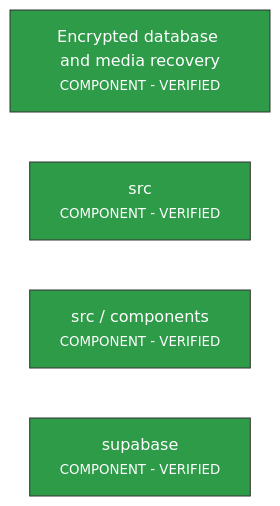
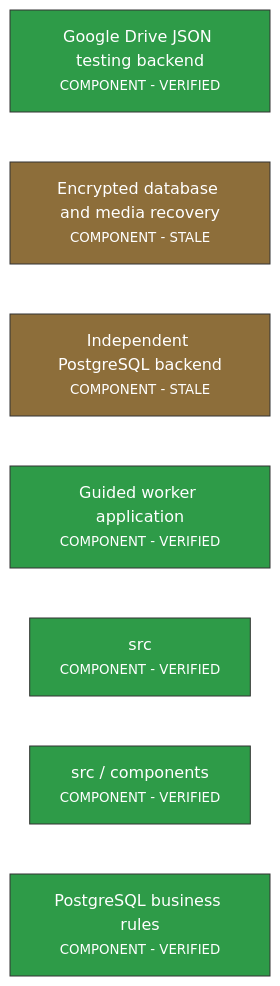
Before and after one commit to ESDUaub2025/WISE_Trace: the diagram in .projectgraph/views/verification.mmd, drawn with Mermaid. The commit also changed 565 other files, not shown here.

Commit message:
Fix worker flow bugs, close production logic gaps, remove Supabase leftovers

```diff
--- a/.projectgraph/views/verification.mmd
+++ b/.projectgraph/views/verification.mmd
@@ -1,16 +1,20 @@
 flowchart LR
-    CMP_RECOVERY["Encrypted database and media recovery<br/><small>COMPONENT - VERIFIED</small>"]
+    CMP_GOOGLE_FILE_BACKEND["Google Drive JSON testing backend<br/><small>COMPONENT - VERIFIED</small>"]
+    CMP_RECOVERY["Encrypted database and media recovery<br/><small>COMPONENT - STALE</small>"]
+    CMP_SELF_HOSTED["Independent PostgreSQL backend<br/><small>COMPONENT - STALE</small>"]
+    CMP_SIMPLE_APP["Guided worker application<br/><small>COMPONENT - VERIFIED</small>"]
     CMP_SRC["src<br/><small>COMPONENT - VERIFIED</small>"]
     CMP_SRC_COMPONENTS["src / components<br/><small>COMPONENT - VERIFIED</small>"]
-    CMP_SUPABASE["supabase<br/><small>COMPONENT - VERIFIED</small>"]
+    CMP_SUPABASE["PostgreSQL business rules<br/><small>COMPONENT - VERIFIED</small>"]
     classDef declared fill:#9e9e9e,stroke:#333,stroke-width:1px,color:#333333;
     classDef ready fill:#2f6fed,stroke:#333,stroke-width:1px,color:#ffffff;
     classDef active fill:#e6b400,stroke:#333,stroke-width:1px,color:#ffffff;
     classDef implemented fill:#128f8f,stroke:#333,stroke-width:1px,color:#ffffff;
     classDef verifying fill:#f08c00,stroke:#333,stroke-width:1px,color:#ffffff;
     classDef verified fill:#2e9b48,stroke:#333,stroke-width:1px,color:#ffffff;
     classDef failed fill:#d32f2f,stroke:#333,stroke-width:1px,color:#ffffff;
     classDef blocked fill:#7b3fbf,stroke:#333,stroke-width:1px,color:#ffffff;
     classDef stale fill:#8d6e3a,stroke:#333,stroke-width:1px,color:#ffffff;
     classDef superseded fill:#c9c9c9,stroke:#333,stroke-width:1px,color:#333333;
-    class CMP_RECOVERY,CMP_SRC,CMP_SRC_COMPONENTS,CMP_SUPABASE verified;
+    class CMP_RECOVERY,CMP_SELF_HOSTED stale;
+    class CMP_GOOGLE_FILE_BACKEND,CMP_SIMPLE_APP,CMP_SRC,CMP_SRC_COMPONENTS,CMP_SUPABASE verified;
```
